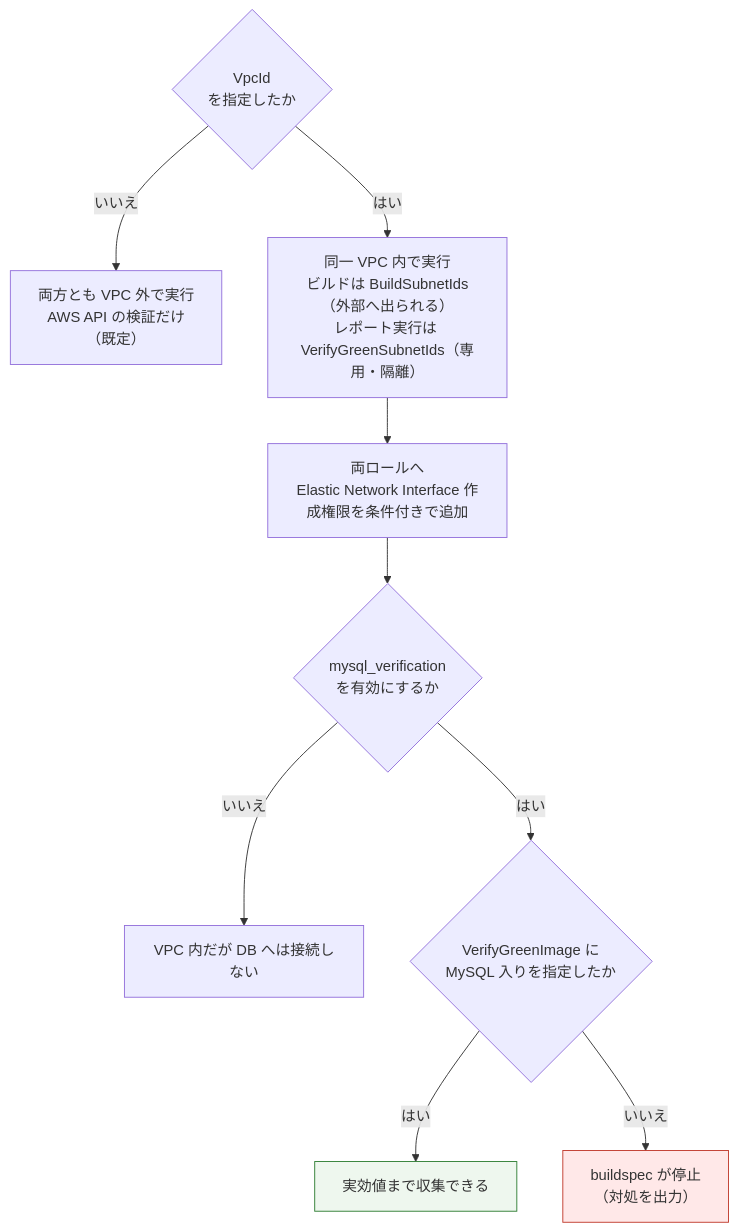
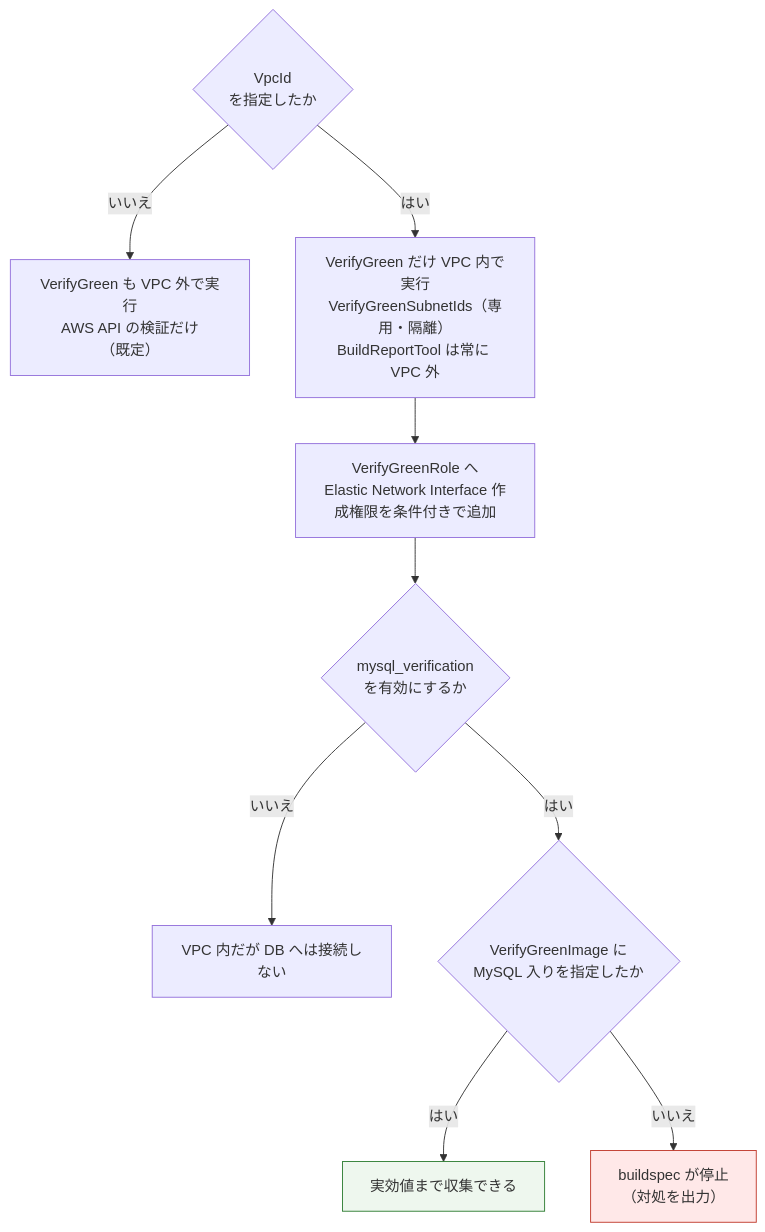
The seventh of 7 diagrams in docs/rds_mysql_upgrade/ci/verify-green-vpc-architecture.md (rxsxkxd/pk), drawn with Mermaid before and after one commit. The commit also changed other lines of this file and 7 other files, not shown here.

````diff
--- a/docs/rds_mysql_upgrade/ci/verify-green-vpc-architecture.md
+++ b/docs/rds_mysql_upgrade/ci/verify-green-vpc-architecture.md
@@ -190,16 +185,16 @@
 ```mermaid
 flowchart TD
-    P1{"VpcId<br/>を指定したか"} -->|いいえ| OUT["両方とも VPC 外で実行<br/>AWS API の検証だけ<br/>（既定）"]
-    P1 -->|はい| IN["同一 VPC 内で実行<br/>ビルドは BuildSubnetIds（外部へ出られる）<br/>レポート実行は VerifyGreenSubnetIds（専用・隔離）"]
-    IN --> R["両ロールへ<br/>Elastic Network Interface 作成権限を条件付きで追加"]
+    P1{"VpcId<br/>を指定したか"} -->|いいえ| OUT["VerifyGreen も VPC 外で実行<br/>AWS API の検証だけ<br/>（既定）"]
+    P1 -->|はい| IN["VerifyGreen だけ VPC 内で実行<br/>VerifyGreenSubnetIds（専用・隔離）<br/>BuildReportTool は常に VPC 外"]
+    IN --> R["VerifyGreenRole へ<br/>Elastic Network Interface 作成権限を条件付きで追加"]
     R --> P2{"mysql_verification<br/>を有効にするか"}
     P2 -->|いいえ| IN2["VPC 内だが DB へは接続しない"]
     P2 -->|はい| P3{"VerifyGreenImage に<br/>MySQL 入りを指定したか"}
     P3 -->|はい| OK["実効値まで収集できる"]
     P3 -->|いいえ| NG["buildspec が停止<br/>（対処を出力）"]
 
     classDef ng fill:#ffe8e8,stroke:#c0392b
     classDef ok fill:#eef7ee,stroke:#2e7d32
     class NG ng
     class OK ok
 ```
````
